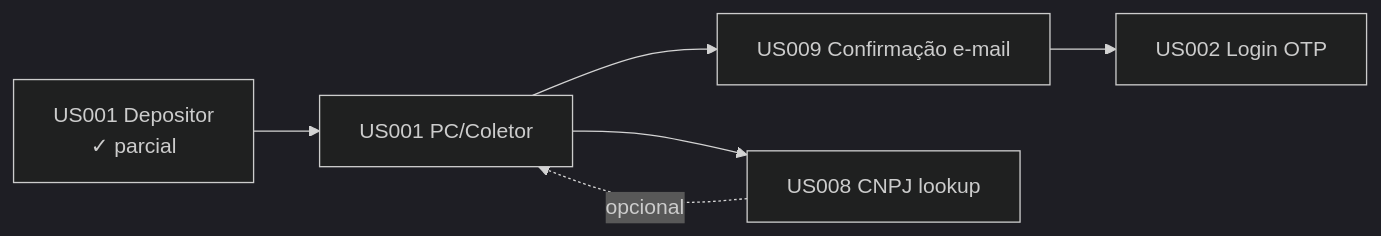
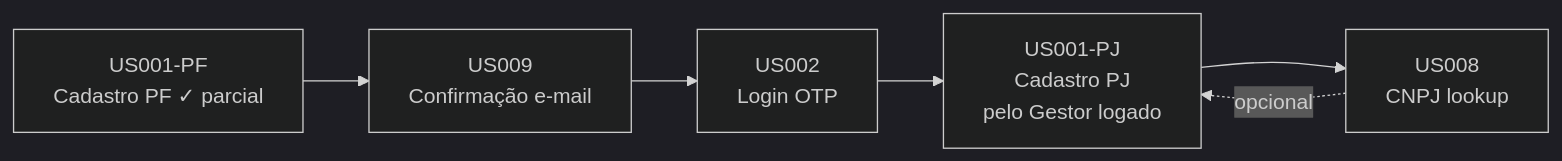
The third of 6 diagrams in .claude/TASKS.md (Wandersonrp/ecocell), drawn with Mermaid (dark theme) before and after one commit. The commit also changed other lines of this file and 20 other files, not shown here.

First line of the commit message:
Implementa login passwordless (OTP e-mail) e JWT

````diff
--- a/.claude/TASKS.md
+++ b/.claude/TASKS.md
@@ -99,8 +102,8 @@
 ```mermaid
 flowchart LR
-    A[US001 Depositor<br/>✓ parcial] --> B[US001 PC/Coletor]
-    B --> C[US009 Confirmação e-mail]
-    B --> D[US008 CNPJ lookup]
-    C --> E[US002 Login OTP]
-    D -.opcional.-> B
+    A[US001-PF<br/>Cadastro PF ✓ parcial] --> B[US009<br/>Confirmação e-mail]
+    B --> C[US002<br/>Login OTP]
+    C --> D[US001-PJ<br/>Cadastro PJ<br/>pelo Gestor logado]
+    D --> E[US008<br/>CNPJ lookup]
+    E -.opcional.-> D
 ```
````
